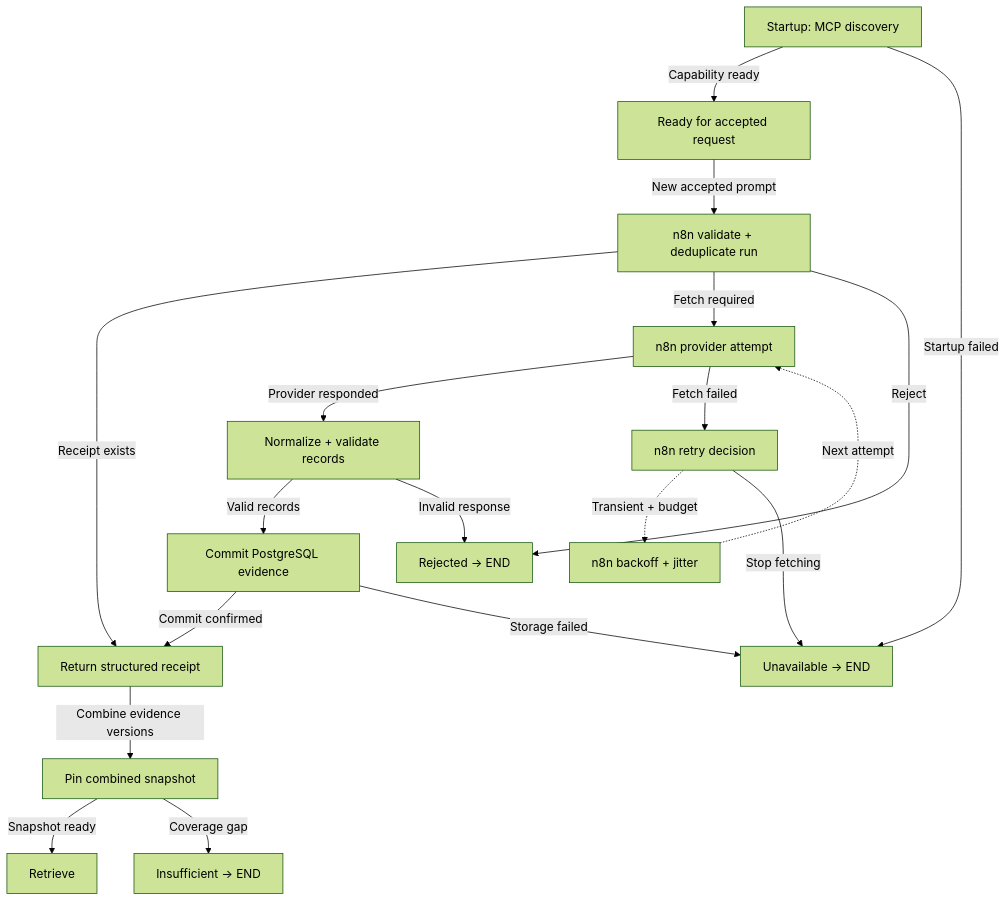
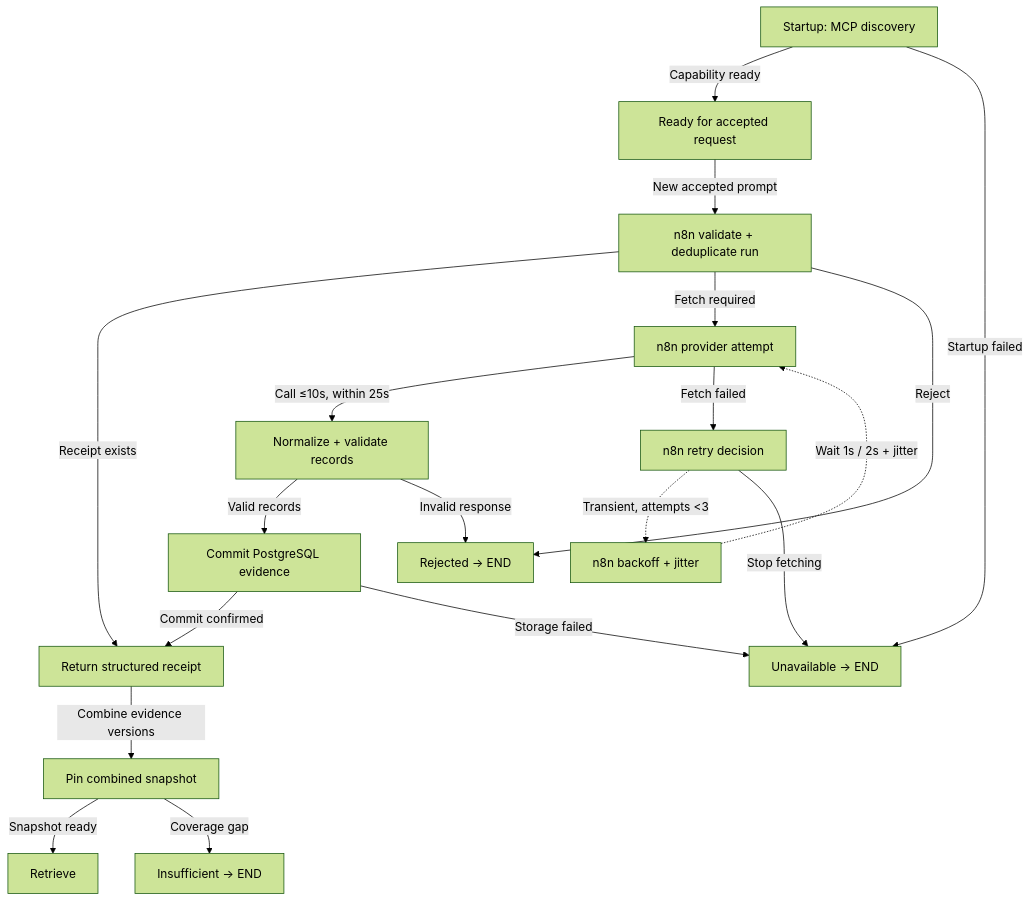
Before and after one commit to ByronHo68/ai-learning-academy: the diagram in public/downloads/finance-diagrams/sources-en.mmd, drawn with Mermaid (forest theme). The commit also changed 35 other files, not shown here.

```diff
--- a/public/downloads/finance-diagrams/sources-en.mmd
+++ b/public/downloads/finance-diagrams/sources-en.mmd
@@ -1,33 +1,33 @@
 flowchart TD
   n0["Startup: MCP discovery"]
   n1["Ready for accepted request"]
   n2["Unavailable → END"]
   n3["n8n validate + deduplicate run"]
   n4["Return structured receipt"]
   n5["n8n provider attempt"]
   n6["Rejected → END"]
   n7["Normalize + validate records"]
   n8["n8n retry decision"]
   n9["n8n backoff + jitter"]
   n10["Commit PostgreSQL evidence"]
   n11["Pin combined snapshot"]
   n12["Retrieve"]
   n13["Insufficient → END"]
   n0 -- "Capability ready" --> n1
   n0 -- "Startup failed" --> n2
   n1 -- "New accepted prompt" --> n3
   n3 -- "Receipt exists" --> n4
   n3 -- "Fetch required" --> n5
   n3 -- "Reject" --> n6
-  n5 -- "Provider responded" --> n7
+  n5 -- "Call ≤10s, within 25s" --> n7
   n5 -- "Fetch failed" --> n8
-  n8 -. "Transient + budget" .-> n9
-  n9 -. "Next attempt" .-> n5
+  n8 -. "Transient, attempts <3" .-> n9
+  n9 -. "Wait 1s / 2s + jitter" .-> n5
   n8 -- "Stop fetching" --> n2
   n7 -- "Valid records" --> n10
   n7 -- "Invalid response" --> n6
   n10 -- "Commit confirmed" --> n4
   n10 -- "Storage failed" --> n2
   n4 -- "Combine evidence versions" --> n11
   n11 -- "Snapshot ready" --> n12
   n11 -- "Coverage gap" --> n13
```
